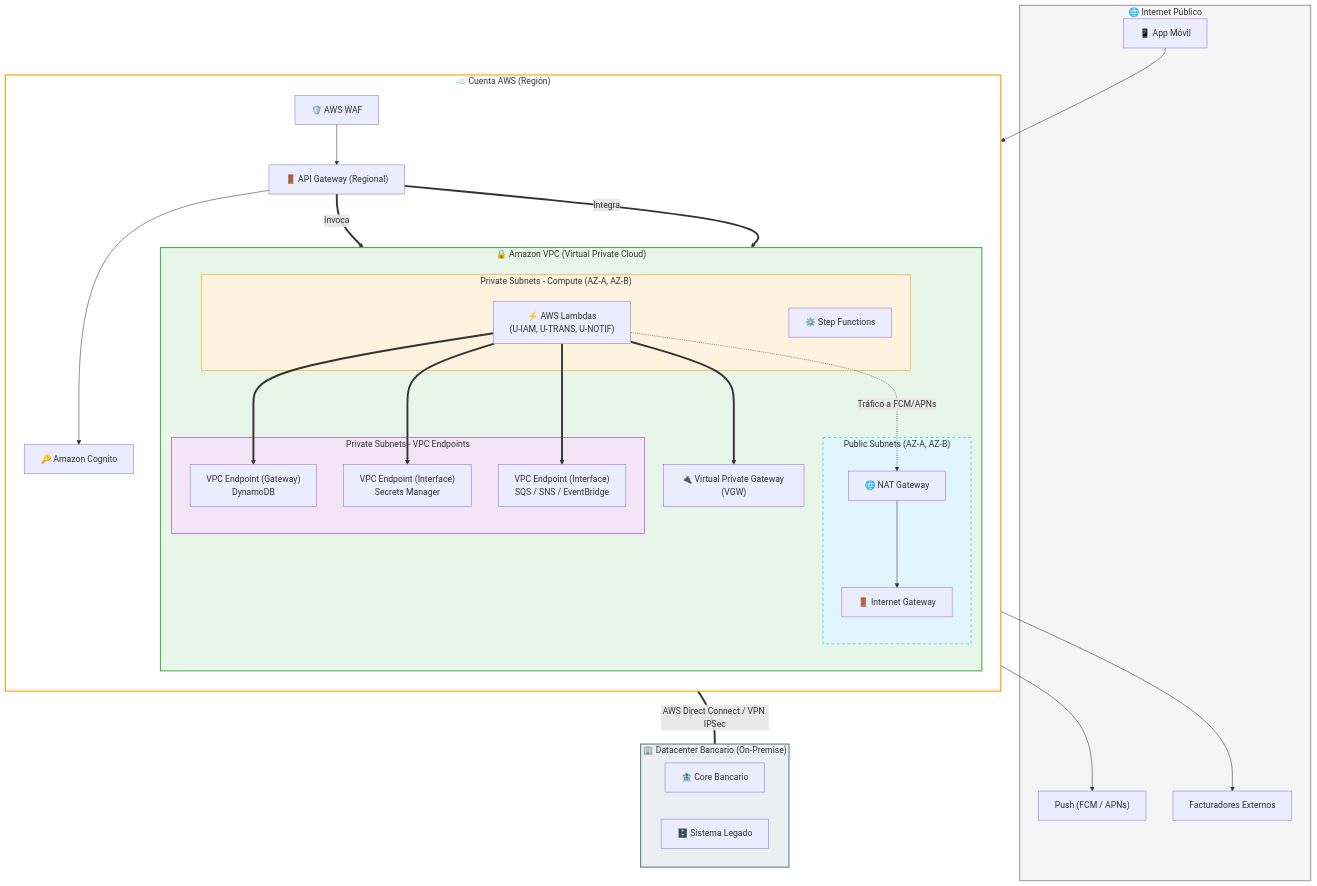
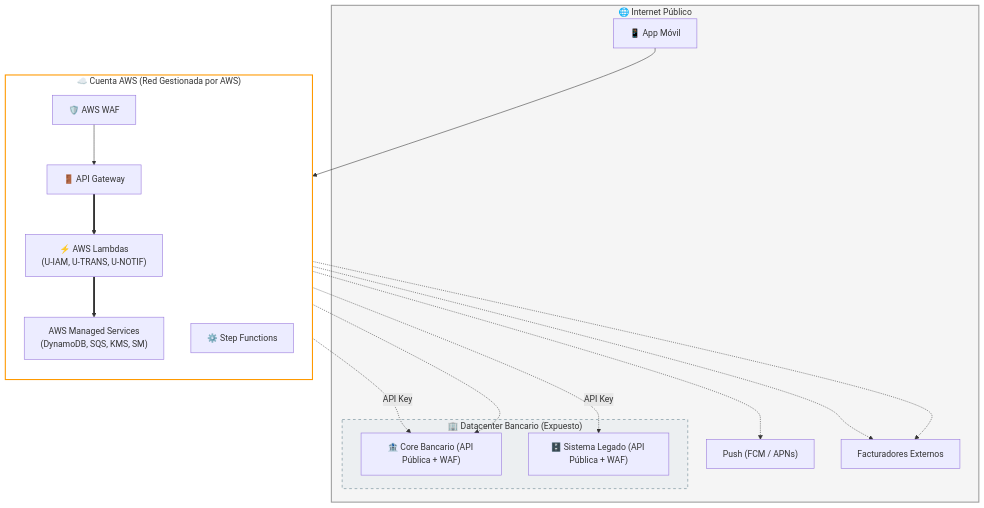
Before and after one commit to shadoweagle1228/pruebainetum: the sixth of 7 diagrams in README.md, drawn with Mermaid. The commit also changed other lines of this file and 1 other file, not shown here.

Commit message:
docs: simplify network topology to Pure Serverless and add VPC caveat (D12)

````diff
--- a/README.md
+++ b/README.md
@@ -541,73 +541,44 @@
 ```mermaid
 flowchart TB
     subgraph INTERNET["🌐 Internet Público"]
         CLIENT["📱 App Móvil"]
         FCM["Push (FCM / APNs)"]
         BILL["Facturadores Externos"]
-    end
-
-    subgraph AWS_ACCOUNT["☁️ Cuenta AWS (Región)"]
-        direction TB
         
-        WAF["🛡️ AWS WAF"]
-        APIGW["🚪 API Gateway (Regional)"]
-        COG["🔑 Amazon Cognito"]
-        
-        subgraph VPC["🔒 Amazon VPC (Virtual Private Cloud)"]
-            direction TB
-            
-            subgraph PUBLIC["Public Subnets (AZ-A, AZ-B)"]
-                NAT["🌐 NAT Gateway"]
-                IGW["🚪 Internet Gateway"]
-            end
-            
-            subgraph PRIVATE_APP["Private Subnets - Compute (AZ-A, AZ-B)"]
-                LAMBDAS["⚡ AWS Lambdas\n(U-IAM, U-TRANS, U-NOTIF)"]
-                SF["⚙️ Step Functions"]
-            end
-            
-            subgraph PRIVATE_ENDPOINTS["Private Subnets - VPC Endpoints"]
-                VPCE_DDB["VPC Endpoint (Gateway)\nDynamoDB"]
-                VPCE_SM["VPC Endpoint (Interface)\nSecrets Manager"]
-                VPCE_SQS["VPC Endpoint (Interface)\nSQS / SNS / EventBridge"]
-            end
-            
-            VGW["🔌 Virtual Private Gateway (VGW)"]
+        subgraph ONPREM["🏢 Datacenter Bancario (Expuesto)"]
+            CORE["🏦 Core Bancario (API Pública + WAF)"]
+            LEG["🗄️ Sistema Legado (API Pública + WAF)"]
         end
     end
 
-    subgraph ONPREM["🏢 Datacenter Bancario (On-Premise)"]
-        CORE["🏦 Core Bancario"]
-        LEG["🗄️ Sistema Legado"]
+    subgraph AWS_ACCOUNT["☁️ Cuenta AWS (Red Gestionada por AWS)"]
+        direction TB
+        WAF["🛡️ AWS WAF"]
+        APIGW["🚪 API Gateway"]
+        
+        LAMBDAS["⚡ AWS Lambdas\n(U-IAM, U-TRANS, U-NOTIF)"]
+        SF["⚙️ Step Functions"]
+        
+        SERVICES["AWS Managed Services\n(DynamoDB, SQS, KMS, SM)"]
     end
 
-    %% Conectividad de Entrada
+    %% Flujos de entrada
     CLIENT --> WAF
     WAF --> APIGW
-    APIGW --> COG
-    APIGW ==>|Invoca| LAMBDAS
-    APIGW ==>|Integra| VPCE_SQS
+    APIGW ==> LAMBDAS
     
-    %% Conectividad de Red de Cómputo (Salida a Internet)
-    LAMBDAS -.->|Tráfico a FCM/APNs| NAT
-    NAT --> IGW
-    IGW --> FCM
-    IGW --> BILL
-
-    %% Conectividad Segura a Servicios AWS (Sin salir a internet)
-    LAMBDAS ==> VPCE_DDB
-    LAMBDAS ==> VPCE_SM
-    LAMBDAS ==> VPCE_SQS
-
-    %% Conectividad Híbrida (Direct Connect / VPN)
-    LAMBDAS ==> VGW
-    VGW == "AWS Direct Connect / VPN IPSec" === ONPREM
+    %% Tráfico Interno AWS (Backbone de AWS)
+    LAMBDAS ==> SERVICES
+    
+    %% Tráfico de salida (Por internet)
+    LAMBDAS -.->|API Key| CORE
+    LAMBDAS -.->|API Key| LEG
+    LAMBDAS -.-> FCM
+    LAMBDAS -.-> BILL
+    SF -.-> BILL
+    SF -.-> CORE
 
     style INTERNET fill:#f5f5f5,stroke:#9e9e9e,stroke-width:2px
     style AWS_ACCOUNT fill:#fff,stroke:#ff9900,stroke-width:2px
-    style VPC fill:#e8f5e9,stroke:#4caf50,stroke-width:2px
-    style PUBLIC fill:#e1f5fe,stroke:#03a9f4,stroke-dasharray: 5 5
-    style PRIVATE_APP fill:#fff3e0,stroke:#ff9800
-    style PRIVATE_ENDPOINTS fill:#f3e5f5,stroke:#9c27b0
-    style ONPREM fill:#eceff1,stroke:#607d8b,stroke-width:2px
+    style ONPREM fill:#eceff1,stroke:#607d8b,stroke-dasharray: 5 5
 ```
````
